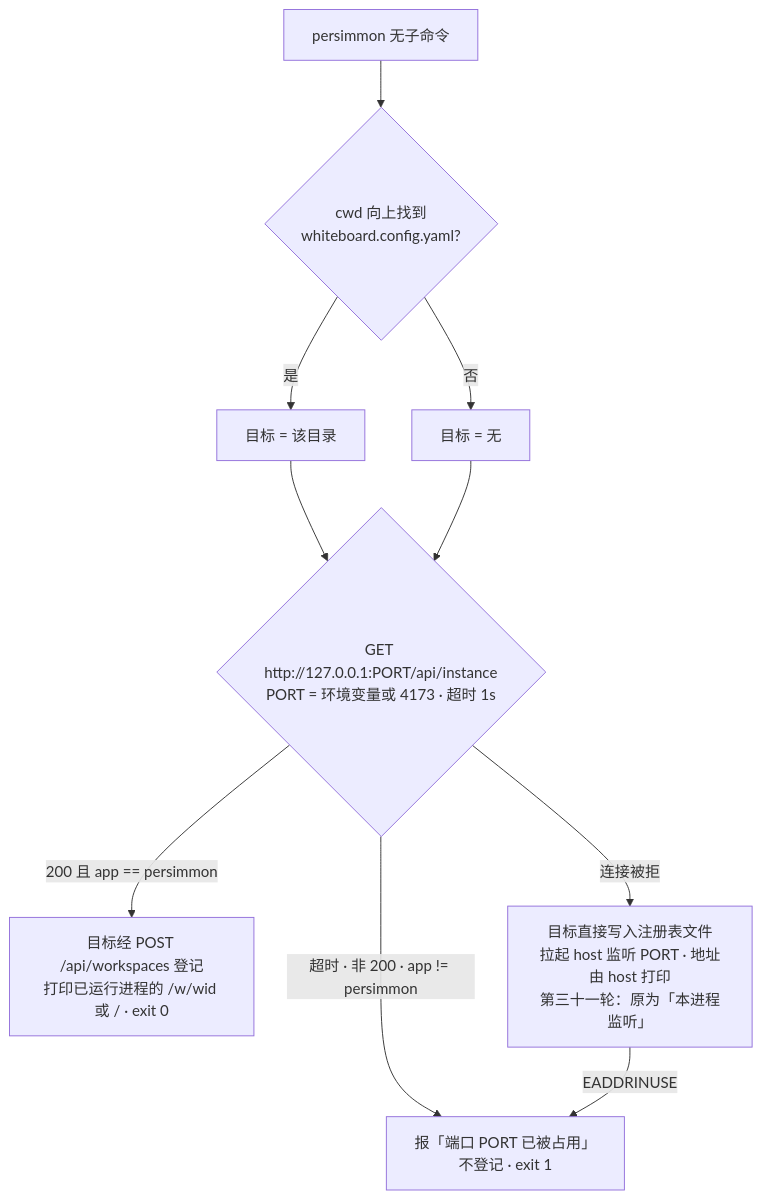
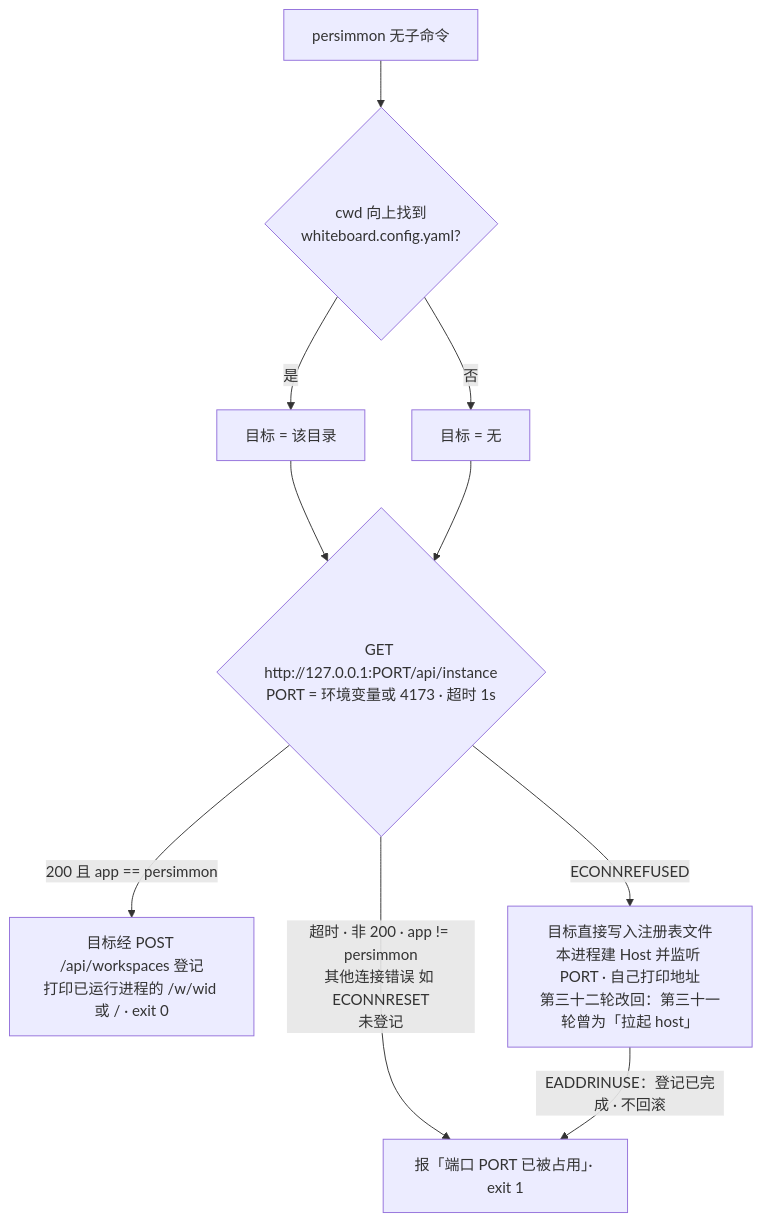
The fifth of 6 diagrams in docs/design/design-00003-multi-workspace.md (ryan-alexander-zhang/persimmon), drawn with Mermaid before and after one commit. The commit also changed other lines of this file and 16 other files, not shown here.

````diff
--- a/docs/design/design-00003-multi-workspace.md
+++ b/docs/design/design-00003-multi-workspace.md
@@ -343,12 +354,12 @@
 ```mermaid
 flowchart TD
   S[persimmon 无子命令] --> R{cwd 向上找到<br/>whiteboard.config.yaml?}
   R -->|是| WID[目标 = 该目录]
   R -->|否| NOWID[目标 = 无]
   WID --> P
   NOWID --> P{GET http://127.0.0.1:PORT/api/instance<br/>PORT = 环境变量或 4173 · 超时 1s}
   P -->|200 且 app == persimmon| VIA[目标经 POST /api/workspaces 登记<br/>打印已运行进程的 /w/wid 或 / · exit 0]
-  P -->|连接被拒| LISTEN[目标直接写入注册表文件<br/>拉起 host 监听 PORT · 地址由 host 打印<br/>第三十一轮：原为「本进程监听」]
-  P -->|超时 · 非 200 · app != persimmon| ERR[报「端口 PORT 已被占用」<br/>不登记 · exit 1]
-  LISTEN -->|EADDRINUSE| ERR
+  P -->|ECONNREFUSED| LISTEN[目标直接写入注册表文件<br/>本进程建 Host 并监听 PORT · 自己打印地址<br/>第三十二轮改回：第三十一轮曾为「拉起 host」]
+  P -->|超时 · 非 200 · app != persimmon<br/>其他连接错误 如 ECONNRESET<br/>未登记| ERR[报「端口 PORT 已被占用」· exit 1]
+  LISTEN -->|EADDRINUSE：登记已完成 · 不回滚| ERR
 ```
````
